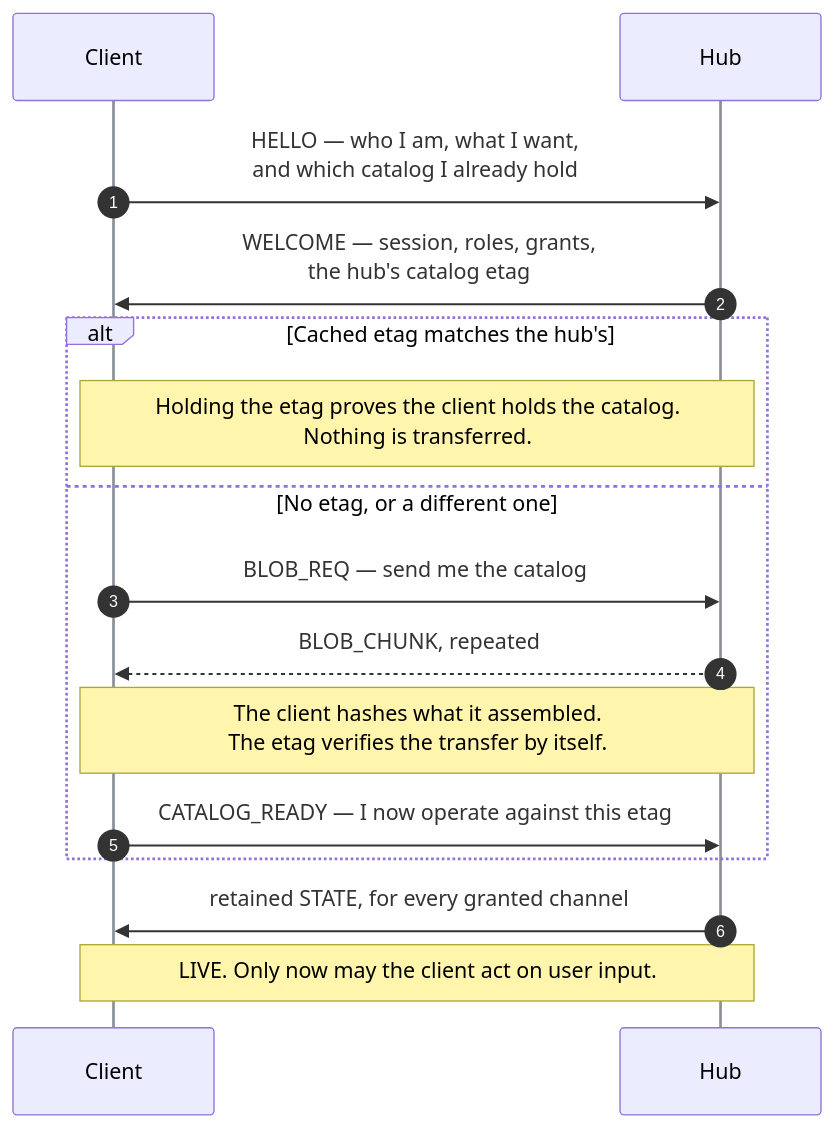
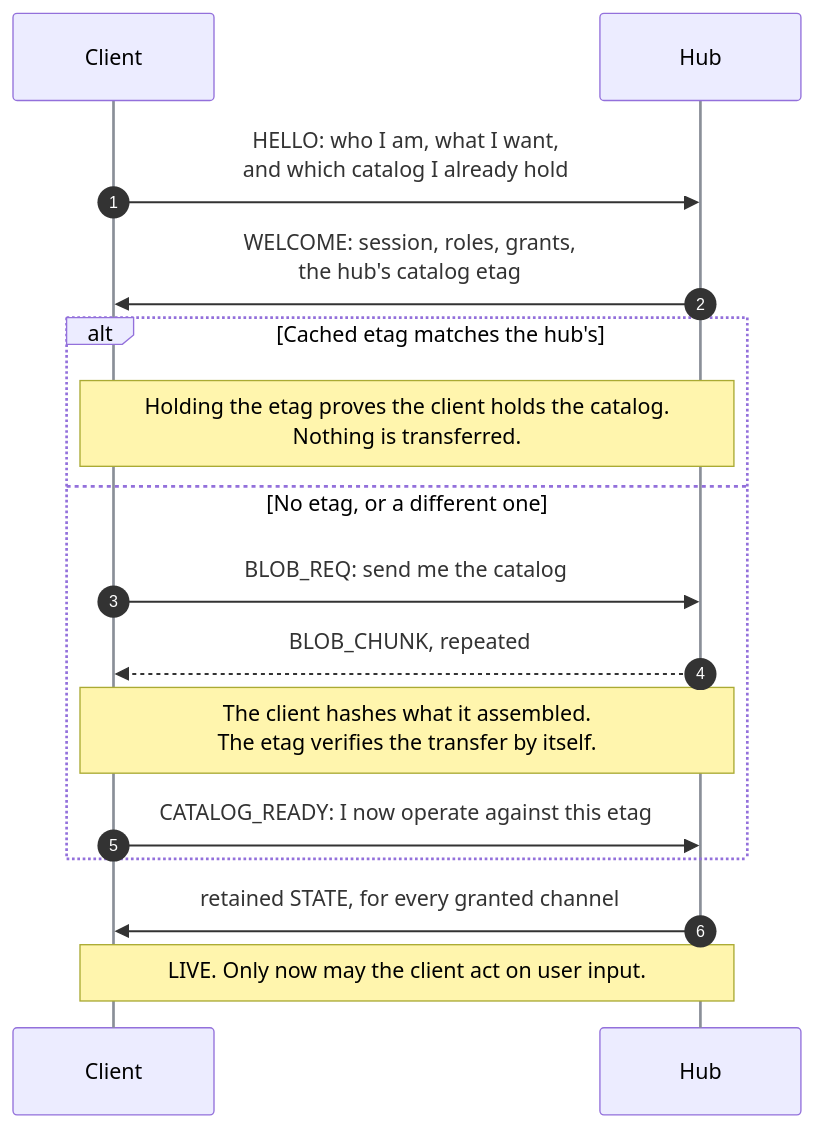
Before and after one commit to openvalence/Valence: the third of 7 diagrams in docs-site/docs/understand/how-it-works.md, drawn with Mermaid. The commit also changed other lines of this file and 66 other files, not shown here.

````diff
--- a/docs-site/docs/understand/how-it-works.md
+++ b/docs-site/docs/understand/how-it-works.md
@@ -129,22 +122,22 @@
 ```mermaid
 %%{init: {"themeVariables": {"actorLineColor": "#8a8f98"}} }%%
 sequenceDiagram
     autonumber
     participant C as Client
     participant H as Hub
 
-    C->>H: HELLO — who I am, what I want,<br/>and which catalog I already hold
-    H->>C: WELCOME — session, roles, grants,<br/>the hub's catalog etag
+    C->>H: HELLO: who I am, what I want,<br/>and which catalog I already hold
+    H->>C: WELCOME: session, roles, grants,<br/>the hub's catalog etag
 
     alt Cached etag matches the hub's
         Note over C,H: Holding the etag proves the client holds the catalog.<br/>Nothing is transferred.
     else No etag, or a different one
-        C->>H: BLOB_REQ — send me the catalog
+        C->>H: BLOB_REQ: send me the catalog
         H-->>C: BLOB_CHUNK, repeated
         Note over C,H: The client hashes what it assembled.<br/>The etag verifies the transfer by itself.
-        C->>H: CATALOG_READY — I now operate against this etag
+        C->>H: CATALOG_READY: I now operate against this etag
     end
 
     H->>C: retained STATE, for every granted channel
     Note over C,H: LIVE. Only now may the client act on user input.
 ```
````
